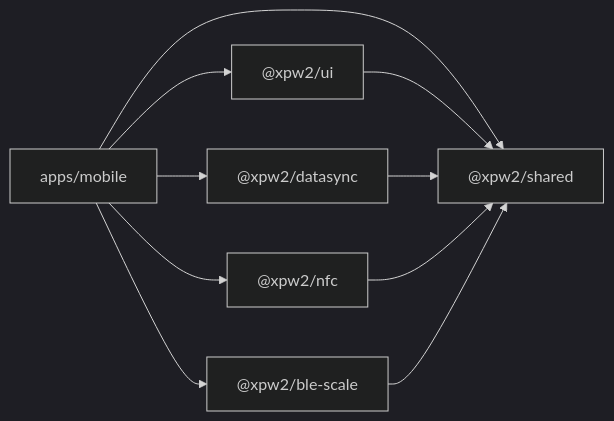
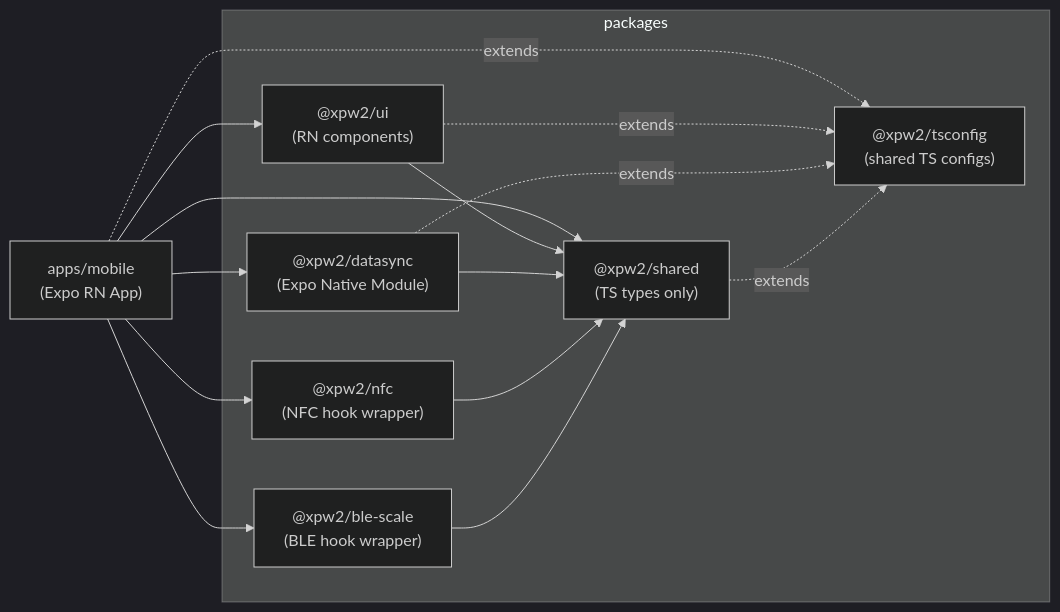
Before and after one commit to vohoangvietuit/ReactNativeExpoRoom: the fourth of 16 diagrams in docs/GUIDE.md, drawn with Mermaid (dark theme). The commit also changed other lines of this file and 1 other file, not shown here.

````diff
--- a/docs/GUIDE.md
+++ b/docs/GUIDE.md
@@ -258,13 +261,29 @@
 ```mermaid
 graph LR
-    mobile["apps/mobile"] --> shared["@xpw2/shared"]
-    mobile --> ui["@xpw2/ui"]
-    mobile --> datasync["@xpw2/datasync"]
-    mobile --> nfc["@xpw2/nfc"]
-    mobile --> ble["@xpw2/ble-scale"]
+    mobile["apps/mobile\n(Expo RN App)"]
+
+    subgraph packages
+        shared["@xpw2/shared\n(TS types only)"]
+        ui["@xpw2/ui\n(RN components)"]
+        datasync["@xpw2/datasync\n(Expo Native Module)"]
+        nfc["@xpw2/nfc\n(NFC hook wrapper)"]
+        ble["@xpw2/ble-scale\n(BLE hook wrapper)"]
+        tsconfig["@xpw2/tsconfig\n(shared TS configs)"]
+    end
+
+    mobile --> shared
+    mobile --> ui
+    mobile --> datasync
+    mobile --> nfc
+    mobile --> ble
 
     ui --> shared
     datasync --> shared
     nfc --> shared
     ble --> shared
+
+    mobile -.->|extends| tsconfig
+    ui -.->|extends| tsconfig
+    datasync -.->|extends| tsconfig
+    shared -.->|extends| tsconfig
 ```
````
